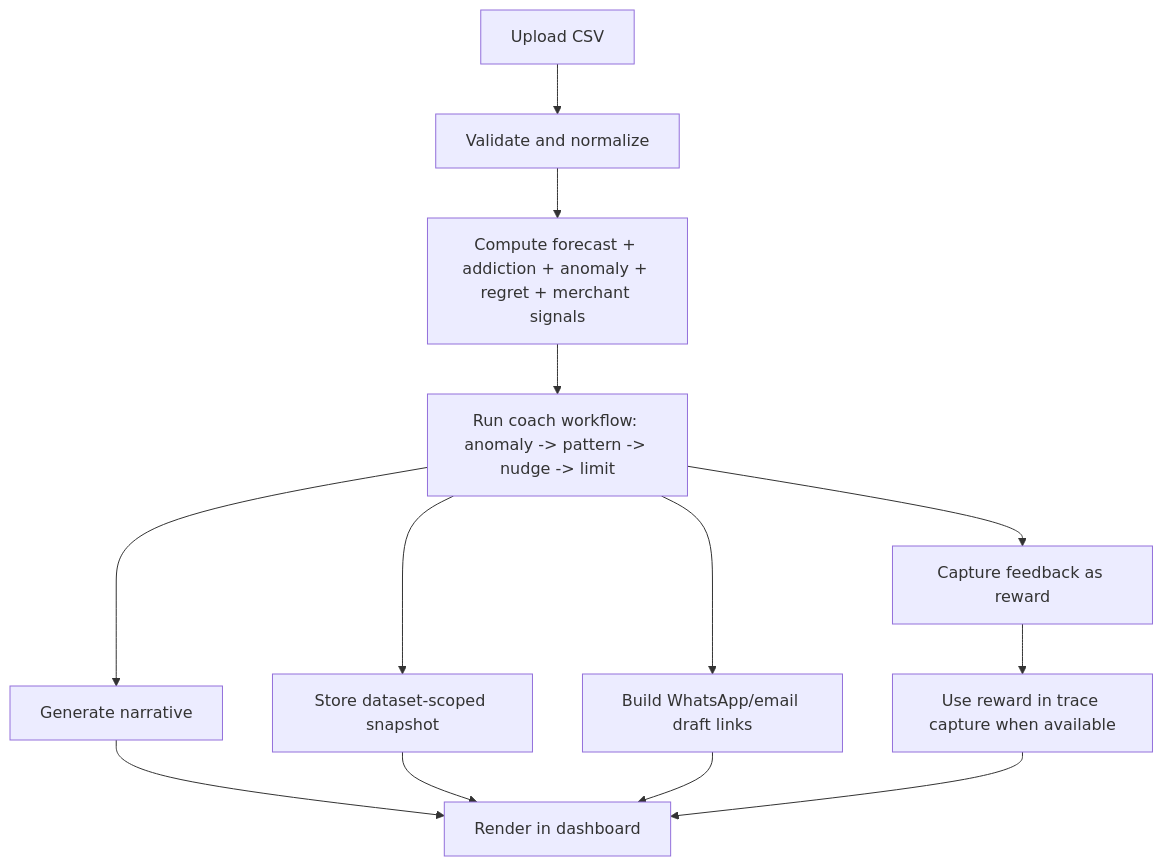
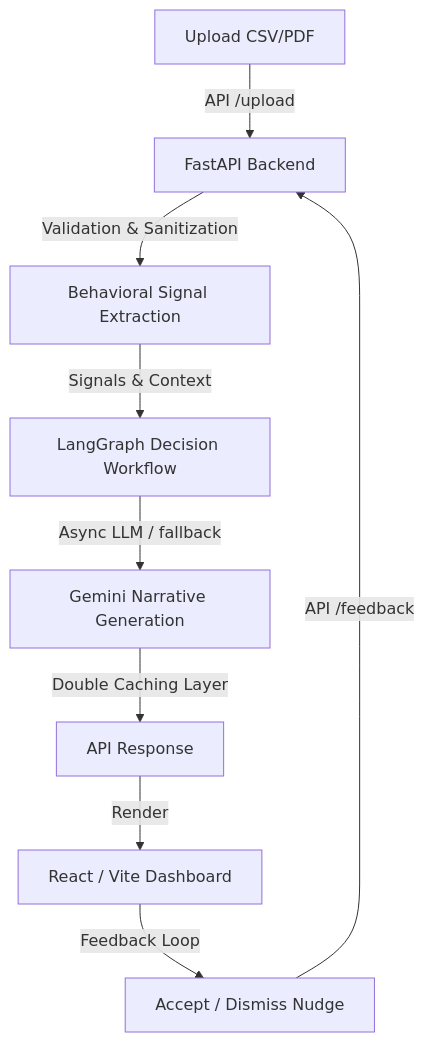
Before and after one commit to Yashaswini-V21/UPI-Mirror: the diagram in README.md, drawn with Mermaid. The commit also changed other lines of this file and 78 other files, not shown here.

Commit message:
feat: enterprise hardening, project cleanup, and React+FastAPI stack finalization

````diff
--- a/README.md
+++ b/README.md
@@ -159,15 +63,11 @@
 ```mermaid
 flowchart TD
-    U[Upload CSV] --> V[Validate and normalize]
-    V --> W[Compute forecast + addiction + anomaly + regret + merchant signals]
-    W --> X[Run coach workflow: anomaly -> pattern -> nudge -> limit]
-    X --> Y[Generate narrative]
-    X --> Z[Store dataset-scoped snapshot]
-    X --> A1[Capture feedback as reward]
-    X --> A2[Build WhatsApp/email draft links]
-    A1 --> A3[Use reward in trace capture when available]
-    Y --> A4[Render in dashboard]
-    Z --> A4
-    A2 --> A4
-    A3 --> A4
+    U[Upload CSV/PDF] -->|API /upload| V[FastAPI Backend]
+    V -->|Validation & Sanitization| W[Behavioral Signal Extraction]
+    W -->|Signals & Context| X[LangGraph Decision Workflow]
+    X -->|Async LLM / fallback| Y[Gemini Narrative Generation]
+    Y -->|Double Caching Layer| Z[API Response]
+    Z -->|Render| FE[React / Vite Dashboard]
+    FE -->|Feedback Loop| FB[Accept / Dismiss Nudge]
+    FB -->|API /feedback| V
 ```
````
